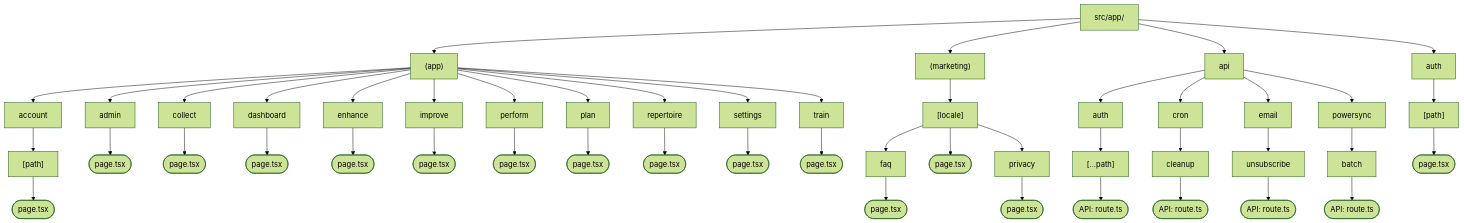
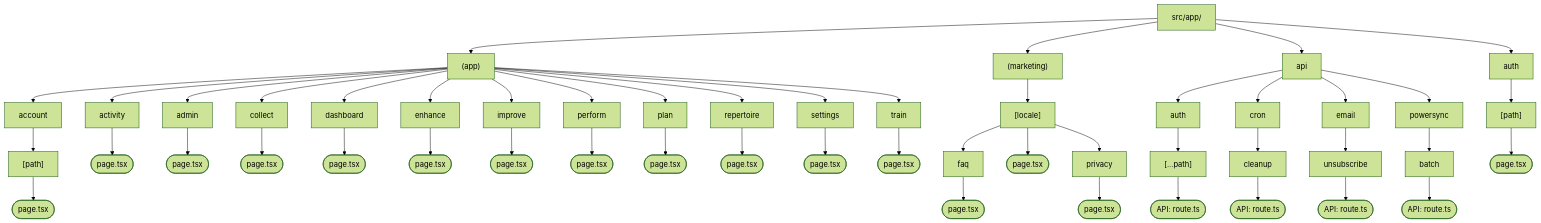
Before and after one commit to julienroussel/tml: the diagram in docs/diagrams/route-map.md, drawn with Mermaid (forest theme). The commit also changed other lines of this file and 65 other files, not shown here.

````diff
--- a/docs/diagrams/route-map.md
+++ b/docs/diagrams/route-map.md
@@ -7,51 +7,53 @@
 ```mermaid
 graph TD
   root["src/app/"]
   root --> n0["(app)"]
   n0 --> n1["account"]
   n1 --> n2["[path]"]
   n2 --> n3(["page.tsx"])
-  n0 --> n4["admin"]
+  n0 --> n4["activity"]
   n4 --> n5(["page.tsx"])
-  n0 --> n6["collect"]
+  n0 --> n6["admin"]
   n6 --> n7(["page.tsx"])
-  n0 --> n8["dashboard"]
+  n0 --> n8["collect"]
   n8 --> n9(["page.tsx"])
-  n0 --> n10["enhance"]
+  n0 --> n10["dashboard"]
   n10 --> n11(["page.tsx"])
-  n0 --> n12["improve"]
+  n0 --> n12["enhance"]
   n12 --> n13(["page.tsx"])
-  n0 --> n15["perform"]
-  n15 --> n16(["page.tsx"])
-  n0 --> n17["plan"]
+  n0 --> n14["improve"]
+  n14 --> n15(["page.tsx"])
+  n0 --> n17["perform"]
   n17 --> n18(["page.tsx"])
-  n0 --> n19["repertoire"]
+  n0 --> n19["plan"]
   n19 --> n20(["page.tsx"])
-  n0 --> n21["settings"]
+  n0 --> n21["repertoire"]
   n21 --> n22(["page.tsx"])
-  n0 --> n23["train"]
+  n0 --> n23["settings"]
   n23 --> n24(["page.tsx"])
-  root --> n25["(marketing)"]
-  n25 --> n26["[locale]"]
-  n26 --> n27["faq"]
-  n27 --> n28(["page.tsx"])
-  n26 --> n30(["page.tsx"])
-  n26 --> n31["privacy"]
-  n31 --> n32(["page.tsx"])
-  root --> n33["api"]
-  n33 --> n34["auth"]
-  n34 --> n35["[...path]"]
-  n35 --> n36(["API: route.ts"])
-  n33 --> n37["cron"]
-  n37 --> n38["cleanup"]
-  n38 --> n39(["API: route.ts"])
-  n33 --> n40["email"]
-  n40 --> n41["unsubscribe"]
-  n41 --> n42(["API: route.ts"])
-  n33 --> n43["powersync"]
-  n43 --> n44["batch"]
-  n44 --> n45(["API: route.ts"])
-  root --> n46["auth"]
-  n46 --> n47["[path]"]
-  n47 --> n48(["page.tsx"])
+  n0 --> n25["train"]
+  n25 --> n26(["page.tsx"])
+  root --> n27["(marketing)"]
+  n27 --> n28["[locale]"]
+  n28 --> n29["faq"]
+  n29 --> n30(["page.tsx"])
+  n28 --> n32(["page.tsx"])
+  n28 --> n33["privacy"]
+  n33 --> n34(["page.tsx"])
+  root --> n35["api"]
+  n35 --> n36["auth"]
+  n36 --> n37["[...path]"]
+  n37 --> n38(["API: route.ts"])
+  n35 --> n39["cron"]
+  n39 --> n40["cleanup"]
+  n40 --> n41(["API: route.ts"])
+  n35 --> n42["email"]
+  n42 --> n43["unsubscribe"]
+  n43 --> n44(["API: route.ts"])
+  n35 --> n45["powersync"]
+  n45 --> n46["batch"]
+  n46 --> n47(["API: route.ts"])
+  root --> n48["auth"]
+  n48 --> n49["[path]"]
+  n49 --> n50(["page.tsx"])
 ```
````
